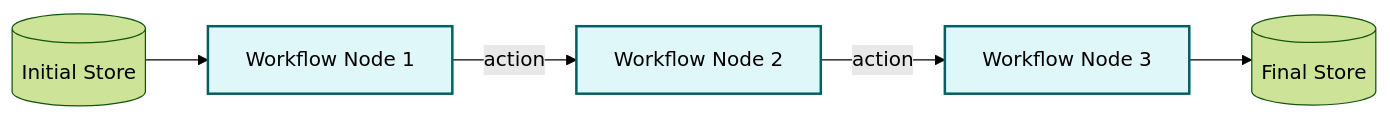
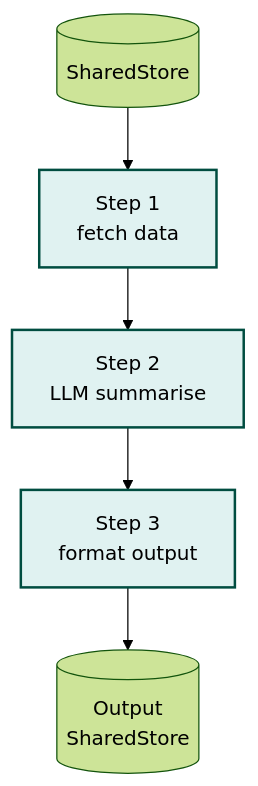
Before and after one commit to EzekTec-Inc/AgentFlow: the diagram in examples/WORKFLOW.md, drawn with Mermaid (forest theme). The commit also changed other lines of this file and 23 other files, not shown here.

````diff
--- a/examples/WORKFLOW.md
+++ b/examples/WORKFLOW.md
@@ -13,10 +28,10 @@
 ```mermaid
-graph LR
-    Input[(Initial Store)] --> Step1[Workflow Node 1]
-    Step1 -->|action| Step2[Workflow Node 2]
-    Step2 -->|action| Step3[Workflow Node 3]
-    Step3 --> Output[(Final Store)]
-    
-    classDef wf fill:#e0f7fa,stroke:#006064,stroke-width:2px;
+graph TD
+    Input[(SharedStore)] --> Step1[Step 1<br>fetch data]
+    Step1 --> Step2[Step 2<br>LLM summarise]
+    Step2 --> Step3[Step 3<br>format output]
+    Step3 --> Output[(Output<br>SharedStore)]
+
+    classDef wf fill:#e0f2f1,stroke:#004d40,stroke-width:2px;
     class Step1,Step2,Step3 wf;
 ```
````
